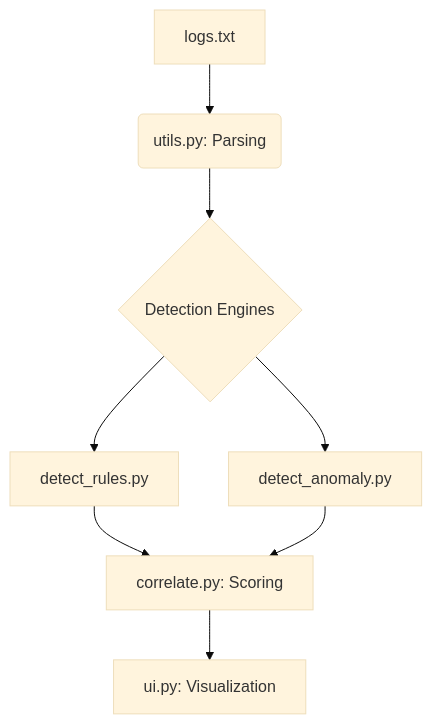
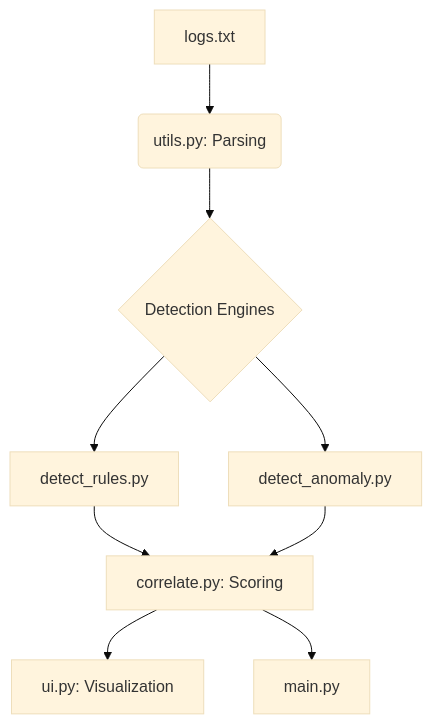
The diagram in README.md (mhdzayid/soc-detection-correlation-lab), drawn with Mermaid (base theme) before and after one commit.

````diff
--- a/README.md
+++ b/README.md
@@ -38,10 +38,11 @@
 ```mermaid
 graph TD
     A[logs.txt] --> B(utils.py: Parsing)
     B --> C{Detection Engines}
     C --> D[detect_rules.py]
     C --> E[detect_anomaly.py]
     D --> F[correlate.py: Scoring]
     E --> F
     F --> G[ui.py: Visualization]
+    F --> H[main.py]
 ```
````
